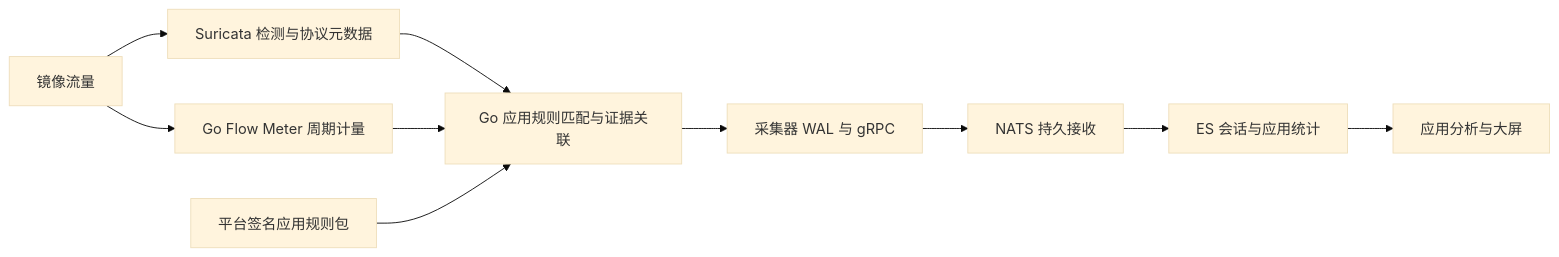
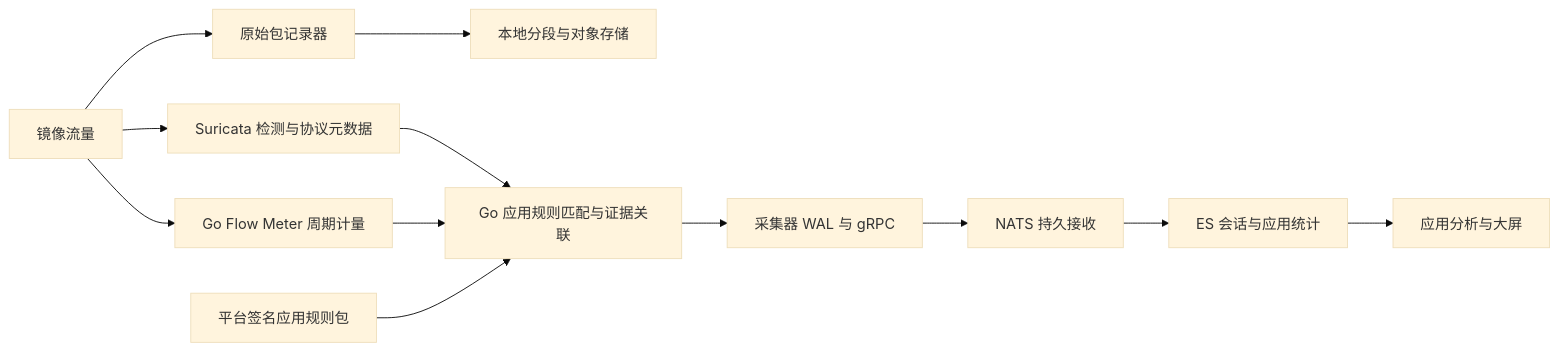
Before and after one commit to kkx600/StarBeacon: the first of 2 diagrams in docs/应用识别与响应性能设计.md, drawn with Mermaid (base theme). The commit also changed other lines of this file and 19 other files, not shown here.

````diff
--- a/docs/应用识别与响应性能设计.md
+++ b/docs/应用识别与响应性能设计.md
@@ -30,12 +30,14 @@
 ```mermaid
 flowchart LR
-  TAP[镜像流量] --> S[Suricata 检测与协议元数据]
+  TAP[镜像流量] --> R[原始包记录器]
+  R --> O[本地分段与对象存储]
+  TAP --> S[Suricata 检测与协议元数据]
   TAP --> F[Go Flow Meter 周期计量]
   S --> C[Go 应用规则匹配与证据关联]
   F --> C
   C --> W[采集器 WAL 与 gRPC]
   W --> Q[NATS 持久接收]
   Q --> E[ES 会话与应用统计]
   E --> UI[应用分析与大屏]
   P[平台签名应用规则包] --> C
 ```
````
